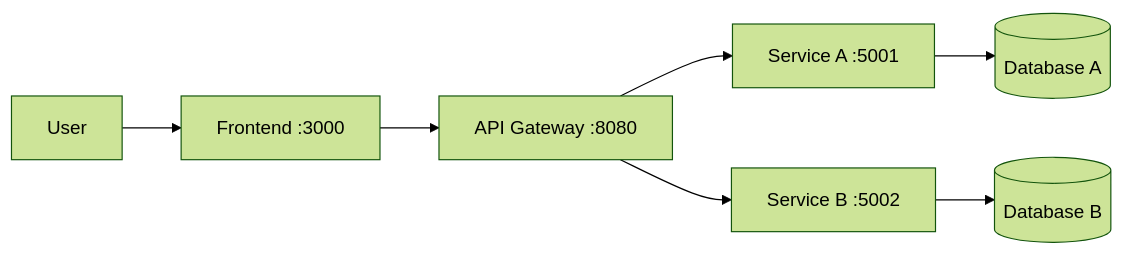
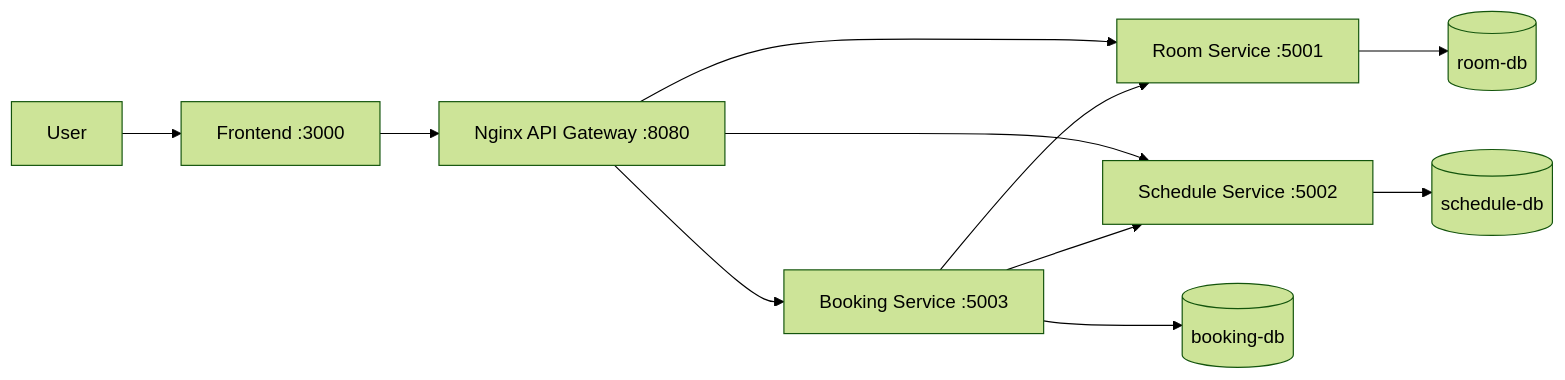
The diagram in README.md (Ahnguyen89/e03), drawn with Mermaid (forest theme) before and after one commit. The commit also changed other lines of this file and 37 other files, not shown here.

````diff
--- a/README.md
+++ b/README.md
@@ -31,9 +34,13 @@
 ```mermaid
 graph LR
     U[User] --> FE[Frontend :3000]
-    FE --> GW[API Gateway :8080]
-    GW --> SA[Service A :5001]
-    GW --> SB[Service B :5002]
-    SA --> DB1[(Database A)]
-    SB --> DB2[(Database B)]
+    FE --> GW[Nginx API Gateway :8080]
+    GW --> RS[Room Service :5001]
+    GW --> SS[Schedule Service :5002]
+    GW --> BS[Booking Service :5003]
+    BS --> RS
+    BS --> SS
+    RS --> RDB[(room-db)]
+    SS --> SDB[(schedule-db)]
+    BS --> BDB[(booking-db)]
 ```
````
